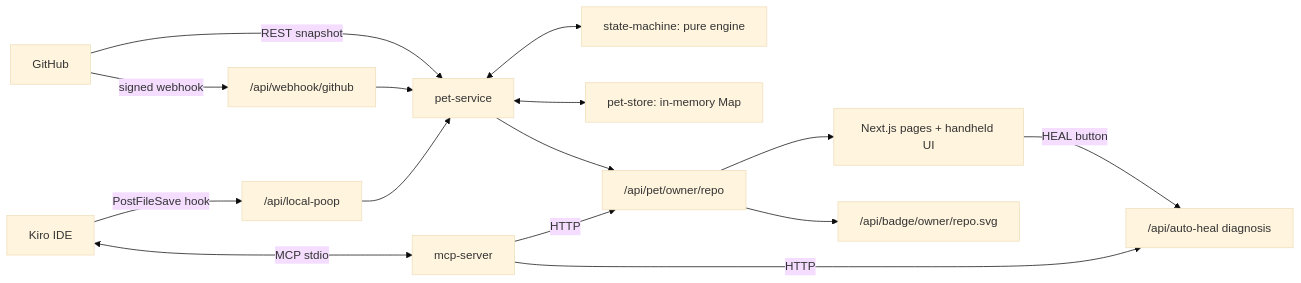
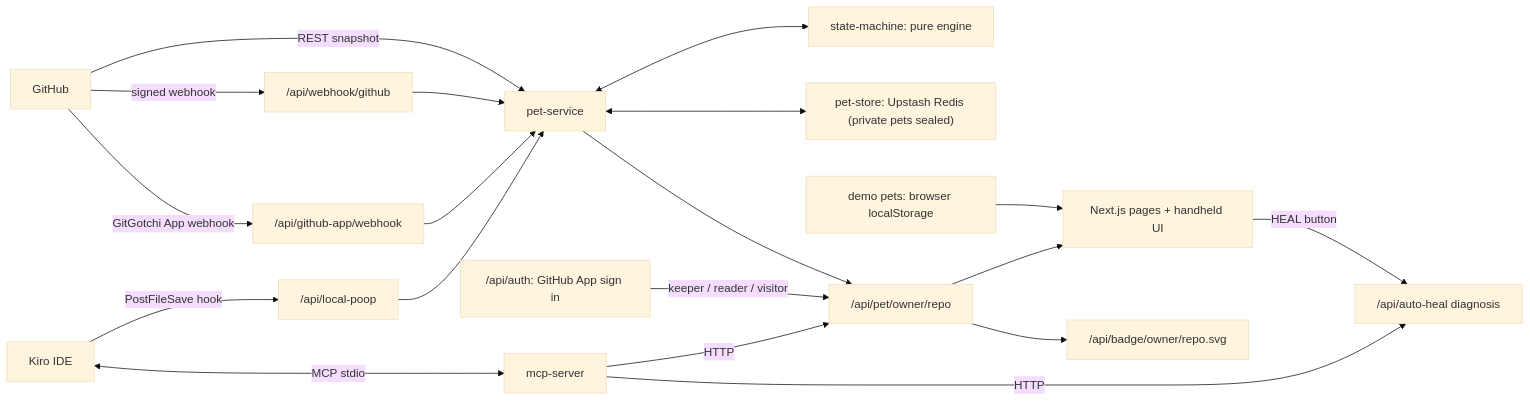
One commit to Zee7X/gitgochi changed the diagram in README.md. Above: the diagram before and after it, drawn with Mermaid (base theme). The commit also changed other lines of this file and 1 other file, not shown here.

````diff
--- a/README.md
+++ b/README.md
@@ -182,30 +187,37 @@
 ```mermaid
 flowchart LR
   GH["GitHub"]
   WH["/api/webhook/github"]
   SVC["pet-service"]
   ENG["state-machine: pure engine"]
-  STORE["pet-store: in-memory Map"]
+  STORE["pet-store: Upstash Redis (private pets sealed)"]
+  APPWH["/api/github-app/webhook"]
+  AUTH["/api/auth: GitHub App sign in"]
+  DEMO["demo pets: browser localStorage"]
   API["/api/pet/owner/repo"]
   UI["Next.js pages + handheld UI"]
   BADGE["/api/badge/owner/repo.svg"]
   KIRO["Kiro IDE"]
   LP["/api/local-poop"]
   MCP["mcp-server"]
   HEAL["/api/auto-heal diagnosis"]
 
   GH -->|REST snapshot| SVC
   GH -->|signed webhook| WH
+  GH -->|GitGotchi App webhook| APPWH
   WH --> SVC
+  APPWH --> SVC
+  AUTH -->|keeper / reader / visitor| API
+  DEMO --> UI
   SVC <--> ENG
   SVC <--> STORE
   SVC --> API
   API --> UI
   API --> BADGE
   KIRO -->|PostFileSave hook| LP
   LP --> SVC
   KIRO <-->|MCP stdio| MCP
   MCP -->|HTTP| API
   MCP -->|HTTP| HEAL
   UI -->|HEAL button| HEAL
 ```
````
